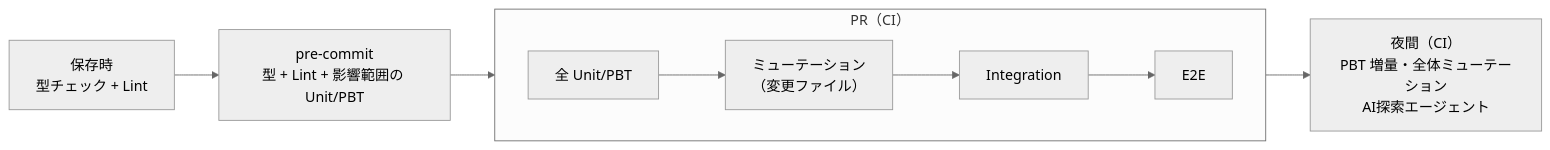
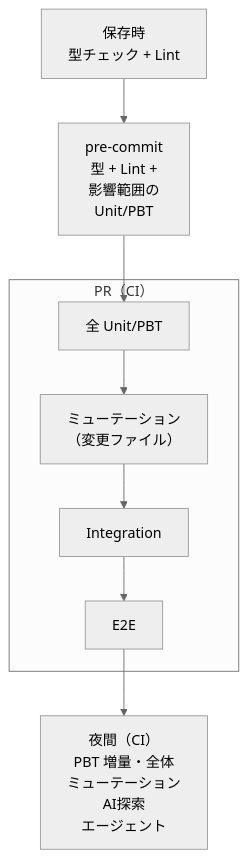
The first of 2 diagrams in docs/testing/02b-execution-and-mutation.md (toshio-shiratori/harness-test-strategy), drawn with Mermaid (neutral theme) before and after one commit. The commit also changed 3 other files, not shown here.

First line of the commit message:
docs: docs/testing の横に長い Mermaid の図を本文の幅に収める (#204) (#207)

````diff
--- a/docs/testing/02b-execution-and-mutation.md
+++ b/docs/testing/02b-execution-and-mutation.md
@@ -32,10 +32,9 @@
 ```mermaid
-flowchart LR
-  A["保存時<br/>型チェック + Lint"] --> B["pre-commit<br/>型 + Lint + 影響範囲の Unit/PBT"]
+flowchart TB
+  A["保存時<br/>型チェック + Lint"] --> B["pre-commit<br/>型 + Lint +<br/>影響範囲の<br/>Unit/PBT"]
   subgraph PR["PR（CI）"]
-    direction LR
     C1["全 Unit/PBT"] --> C2["ミューテーション<br/>（変更ファイル）"] --> C3["Integration"] --> C4["E2E"]
   end
   B --> C1
-  C4 --> D["夜間（CI）<br/>PBT 増量・全体ミューテーション<br/>AI探索エージェント"]
+  C4 --> D["夜間（CI）<br/>PBT 増量・全体<br/>ミューテーション<br/>AI探索<br/>エージェント"]
 ```
````
